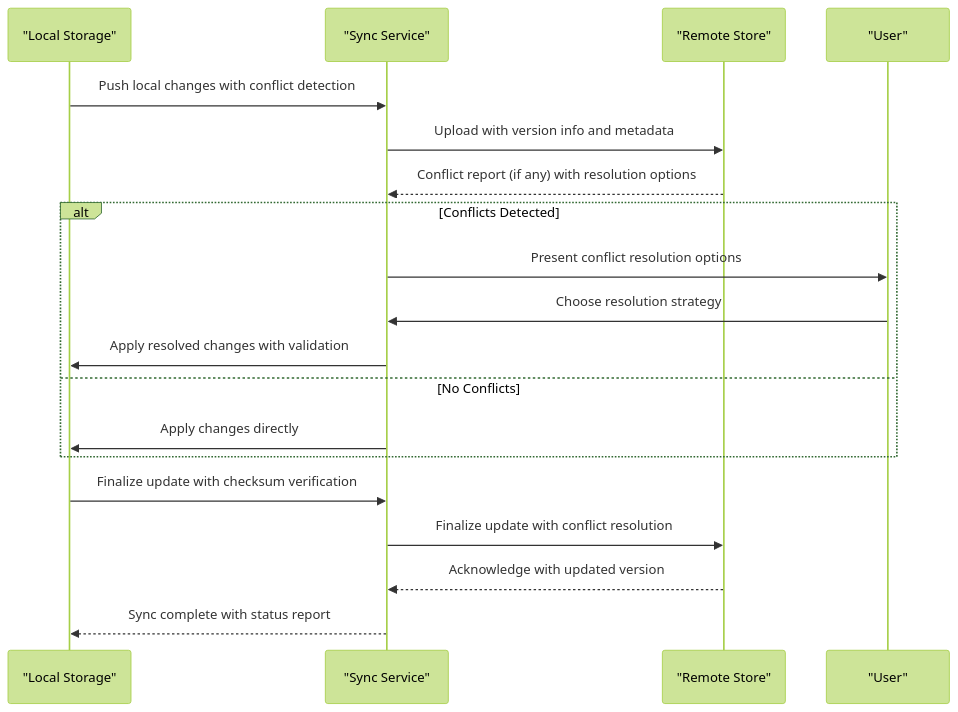
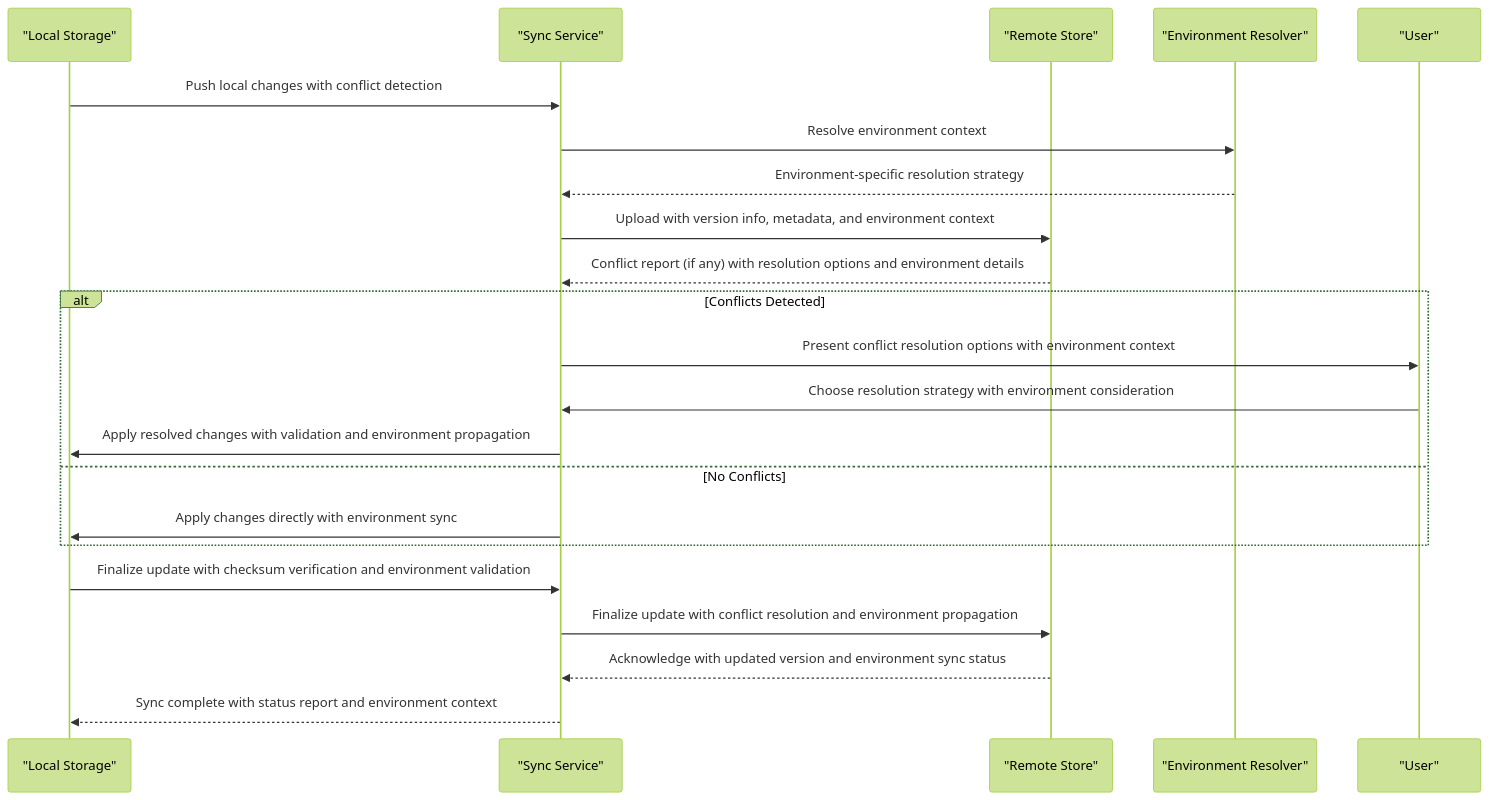
One commit to zmyeo54/briefroom changed the seventh of 7 diagrams in .qoder/repowiki/en/content/Utility Libraries/Settings Configuration.md. Above: the diagram before and after it, drawn with Mermaid (forest theme). The commit also changed other lines of this file and 56 other files, not shown here.

````diff
--- a/.qoder/repowiki/en/content/Utility Libraries/Settings Configuration.md
+++ b/.qoder/repowiki/en/content/Utility Libraries/Settings Configuration.md
@@ -805,21 +935,24 @@
 ```mermaid
 sequenceDiagram
 participant Local as "Local Storage"
 participant Sync as "Sync Service"
 participant Remote as "Remote Store"
+participant Env as "Environment Resolver"
 participant User as "User"
 Local->>Sync : Push local changes with conflict detection
-Sync->>Remote : Upload with version info and metadata
-Remote-->>Sync : Conflict report (if any) with resolution options
+Sync->>Env : Resolve environment context
+Env-->>Sync : Environment-specific resolution strategy
+Sync->>Remote : Upload with version info, metadata, and environment context
+Remote-->>Sync : Conflict report (if any) with resolution options and environment details
 alt Conflicts Detected
-Sync->>User : Present conflict resolution options
-User->>Sync : Choose resolution strategy
-Sync->>Local : Apply resolved changes with validation
+Sync->>User : Present conflict resolution options with environment context
+User->>Sync : Choose resolution strategy with environment consideration
+Sync->>Local : Apply resolved changes with validation and environment propagation
 else No Conflicts
-Sync->>Local : Apply changes directly
+Sync->>Local : Apply changes directly with environment sync
 end
-Local->>Sync : Finalize update with checksum verification
-Sync->>Remote : Finalize update with conflict resolution
-Remote-->>Sync : Acknowledge with updated version
-Sync-->>Local : Sync complete with status report
+Local->>Sync : Finalize update with checksum verification and environment validation
+Sync->>Remote : Finalize update with conflict resolution and environment propagation
+Remote-->>Sync : Acknowledge with updated version and environment sync status
+Sync-->>Local : Sync complete with status report and environment context
 ```
````
